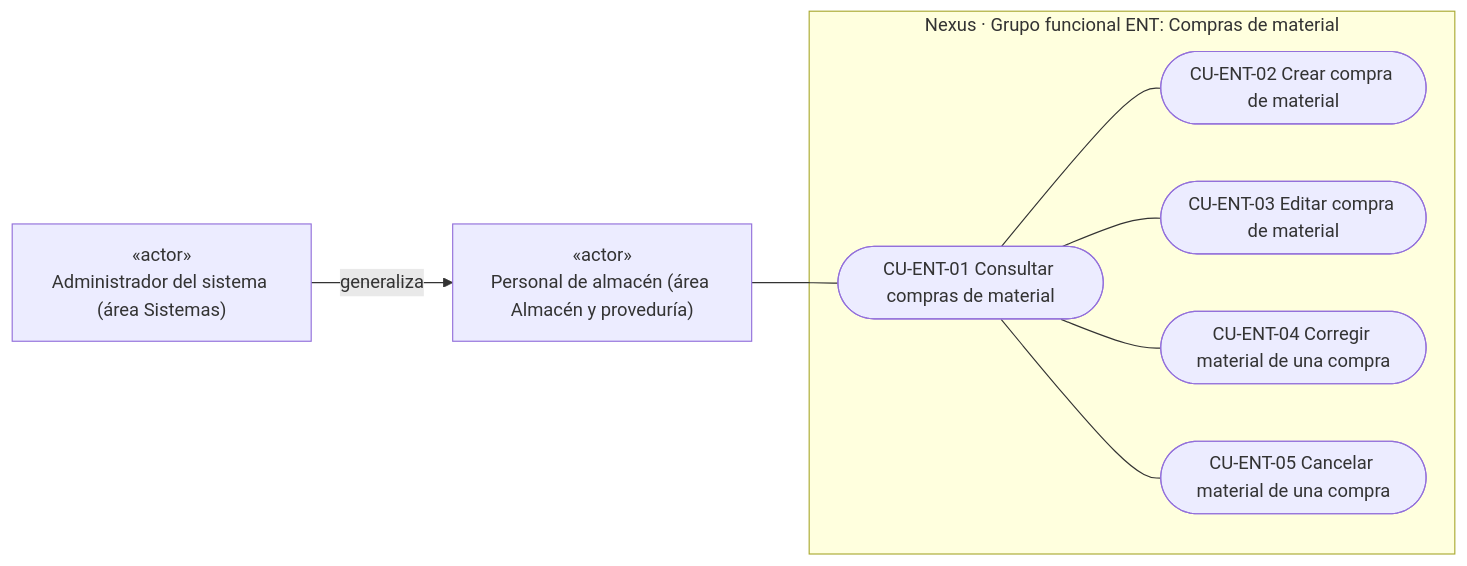
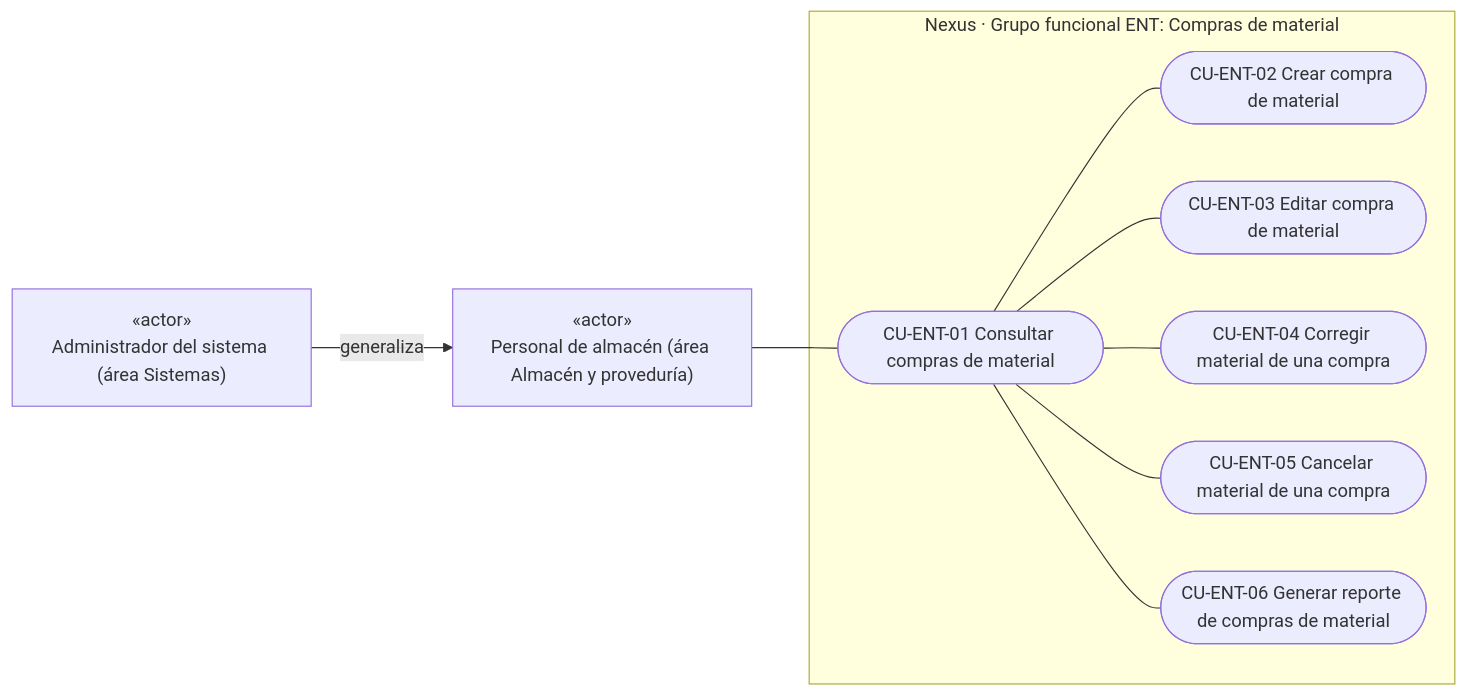
One commit to gpgsistemas01/nexus changed the fifth of 7 diagrams in docs/requirements/domain-and-use-cases.md. Above: the diagram before and after it, drawn with Mermaid. The commit also changed other lines of this file and 66 other files, not shown here.

````diff
--- a/docs/requirements/domain-and-use-cases.md
+++ b/docs/requirements/domain-and-use-cases.md
@@ -254,20 +279,22 @@
 ```mermaid
 flowchart LR
     warehouse["«actor»<br/>Personal de almacén (área Almacén y proveduría)"]
     admin["«actor»<br/>Administrador del sistema (área Sistemas)"]
     admin -- "generaliza" --> warehouse
 
     subgraph receiptPackage["Nexus · Grupo funcional ENT: Compras de material"]
         ucReceiptQuery(["CU-ENT-01 Consultar compras de material"])
         ucReceiptCreate(["CU-ENT-02 Crear compra de material"])
         ucReceiptEdit(["CU-ENT-03 Editar compra de material"])
         ucReceiptCorrect(["CU-ENT-04 Corregir material de una compra"])
         ucReceiptCancel(["CU-ENT-05 Cancelar material de una compra"])
+        ucPurchaseReport(["CU-ENT-06 Generar reporte de compras de material"])
     end
 
     warehouse --- ucReceiptQuery
     ucReceiptQuery --- ucReceiptCreate
     ucReceiptQuery --- ucReceiptEdit
     ucReceiptQuery --- ucReceiptCorrect
     ucReceiptQuery --- ucReceiptCancel
+    ucReceiptQuery --- ucPurchaseReport
 ```
````
